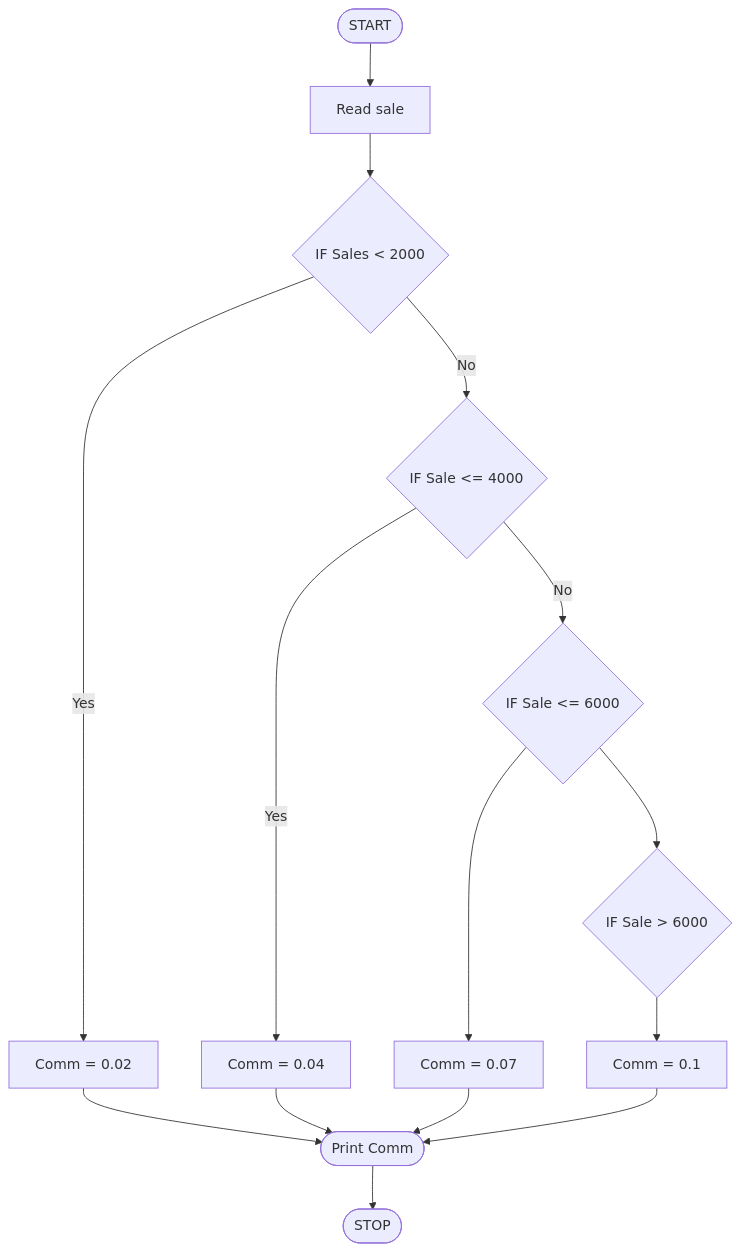
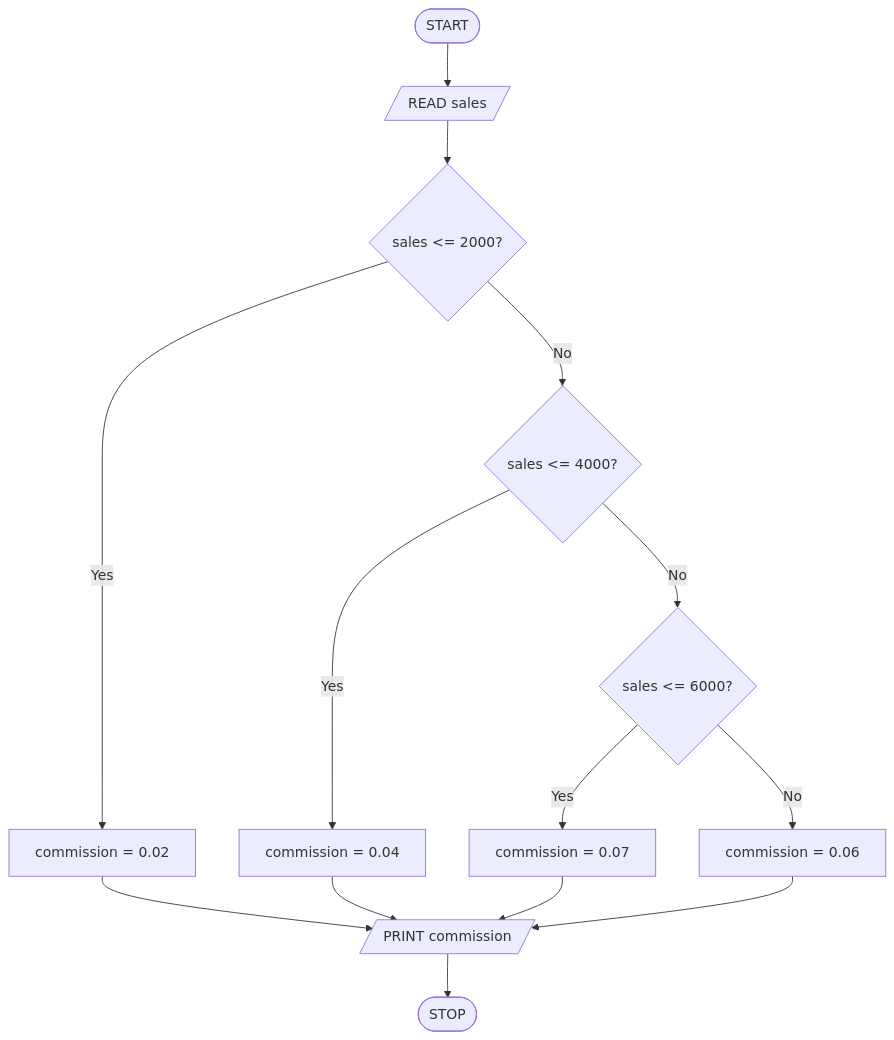
Diagram 13 of 13 in src/features/notes/python-module-2/notes.md (udsfgecw/website), drawn with Mermaid before and after one commit. The commit also changed other lines of this file and 2 other files, not shown here.

````diff
--- a/src/features/notes/python-module-2/notes.md
+++ b/src/features/notes/python-module-2/notes.md
@@ -1254,17 +896,16 @@
 ```mermaid
 flowchart TD
-    A([START]) --> B[Read sale]
-    B --> C{IF Sales < 2000}
-    C -- Yes --> D[Comm = 0.02]
-    C -- No --> E{IF Sale <= 4000}
-    E -- No --> F{IF Sale <= 6000}
-    E -- Yes --> G[Comm = 0.04]
-    F --> H[Comm = 0.07]
-    F --> I{IF Sale > 6000}
-    I --> J[Comm = 0.1]
-    D --> K([Print Comm])
-    G --> K
-    H --> K
-    J --> K
-    K --> L([STOP])
+    A([START]) --> B[/READ sales/]
+    B --> C{sales <= 2000?}
+    C -- Yes --> D[commission = 0.02]
+    C -- No --> E{sales <= 4000?}
+    E -- Yes --> F[commission = 0.04]
+    E -- No --> G{sales <= 6000?}
+    G -- Yes --> H[commission = 0.07]
+    G -- No --> I[commission = 0.06]
+    D --> J[/PRINT commission/]
+    F --> J
+    H --> J
+    I --> J
+    J --> K([STOP])
 ```
````
